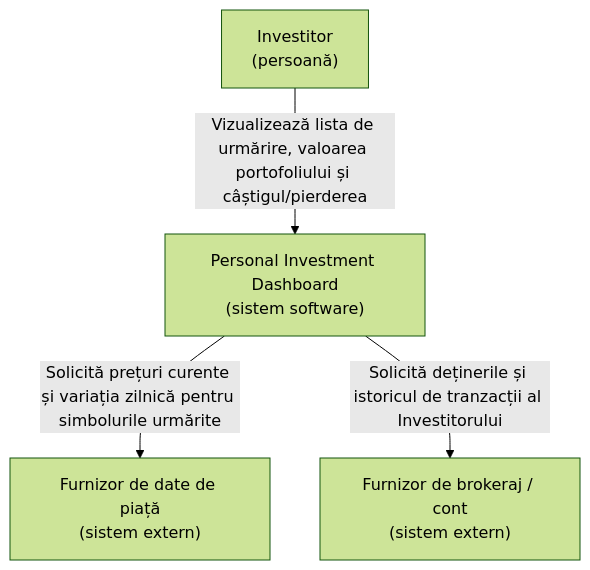
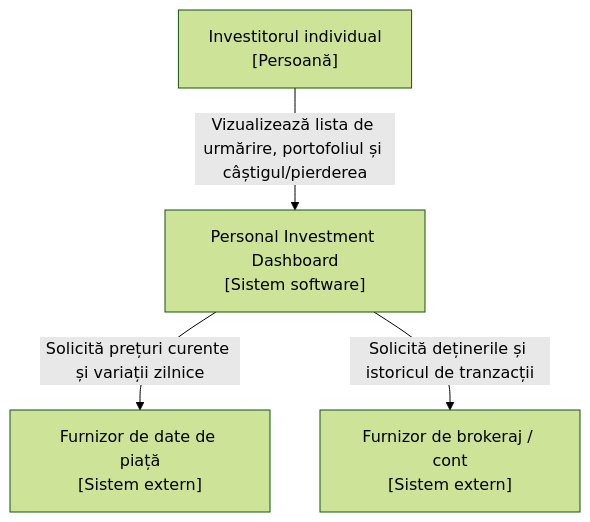
One commit to sainciucbeatricie/psi-labs changed the diagram in lab1.md. Above: the diagram before and after it, drawn with Mermaid (forest theme). The commit also changed other lines of this file, not shown here.

````diff
--- a/lab1.md
+++ b/lab1.md
@@ -105,11 +107,11 @@
 ```mermaid
 graph TD
-    Investitor["Investitor<br/>(persoană)"]
-    Dashboard["Personal Investment Dashboard<br/>(sistem software)"]
-    DateDePiata["Furnizor de date de piață<br/>(sistem extern)"]
-    Brokeraj["Furnizor de brokeraj / cont<br/>(sistem extern)"]
+    Investitor["Investitorul individual<br/>[Persoană]"]
+    Dashboard["Personal Investment Dashboard<br/>[Sistem software]"]
+    DateDePiata["Furnizor de date de piață<br/>[Sistem extern]"]
+    Brokeraj["Furnizor de brokeraj / cont<br/>[Sistem extern]"]
 
-    Investitor -->|"Vizualizează lista de urmărire, valoarea portofoliului și câștigul/pierderea"| Dashboard
-    Dashboard -->|"Solicită prețuri curente și variația zilnică pentru simbolurile urmărite"| DateDePiata
-    Dashboard -->|"Solicită deținerile și istoricul de tranzacții al Investitorului"| Brokeraj
+    Investitor -->|"Vizualizează lista de urmărire, portofoliul și câștigul/pierderea"| Dashboard
+    Dashboard -->|"Solicită prețuri curente și variații zilnice"| DateDePiata
+    Dashboard -->|"Solicită deținerile și istoricul de tranzacții"| Brokeraj
 ```
````
